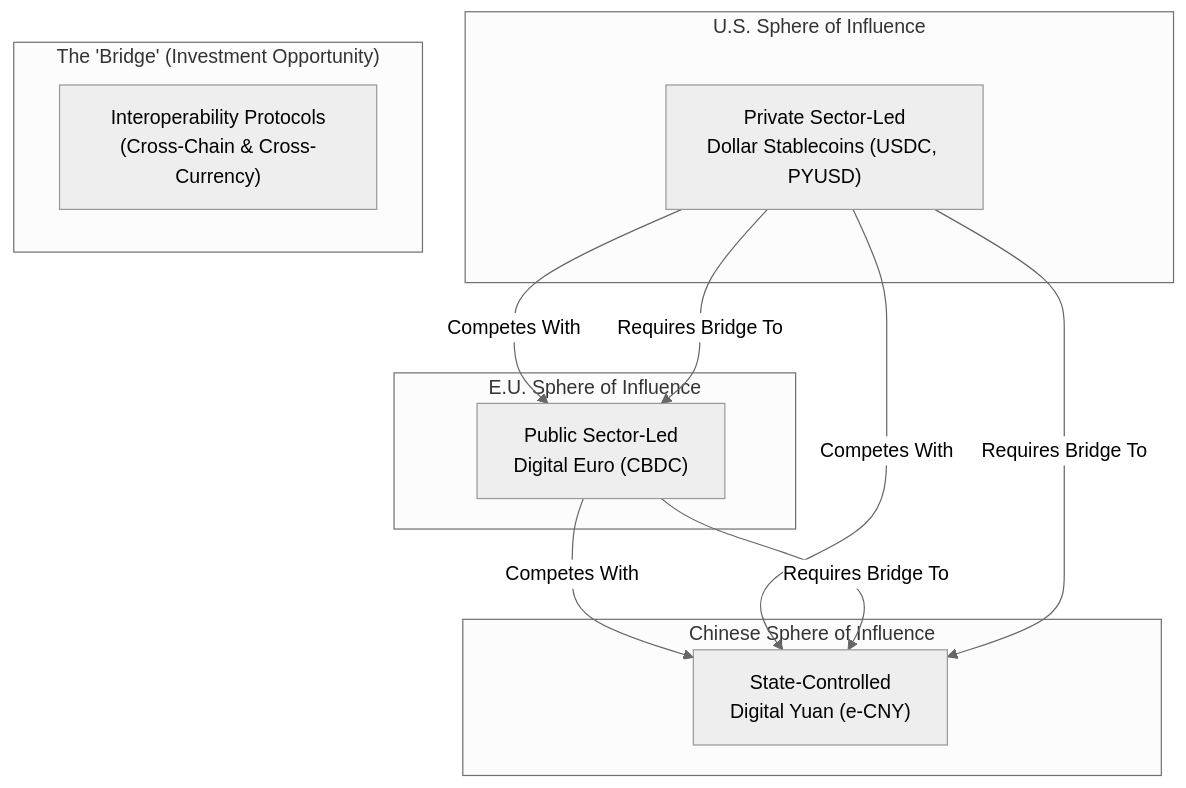
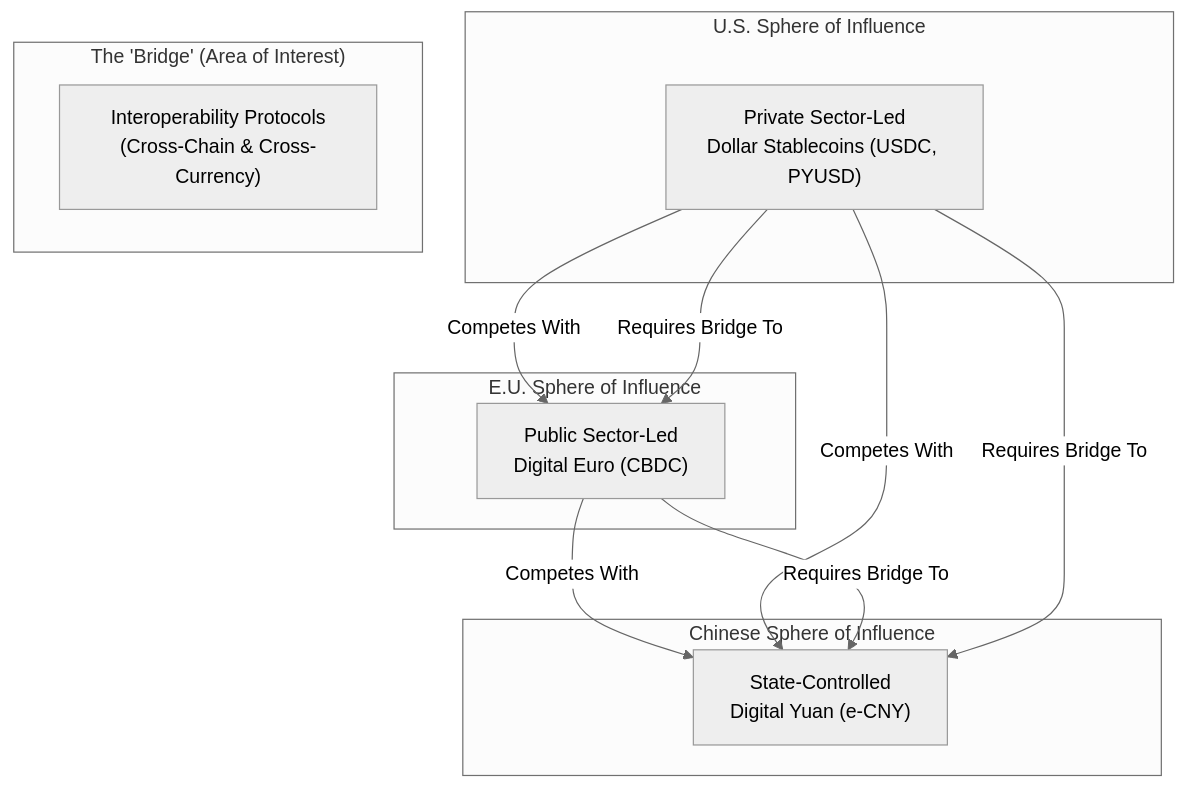
One commit to ewvanwinkle/stablecoin-research changed the diagram in Part3_Regulatory_Geopolitical_Environment/07_The_Geopolitics_of_Digital_Money.md. Above: the diagram before and after it, drawn with Mermaid (neutral theme). The commit also changed other lines of this file and 4 other files, not shown here.

````diff
--- a/Part3_Regulatory_Geopolitical_Environment/07_The_Geopolitics_of_Digital_Money.md
+++ b/Part3_Regulatory_Geopolitical_Environment/07_The_Geopolitics_of_Digital_Money.md
@@ -31,26 +31,26 @@
 ```mermaid
 graph TD
     subgraph "U.S. Sphere of Influence"
         A["Private Sector-Led<br/>Dollar Stablecoins (USDC, PYUSD)"]
     end
 
     subgraph "E.U. Sphere of Influence"
         B["Public Sector-Led<br/>Digital Euro (CBDC)"]
     end
 
     subgraph "Chinese Sphere of Influence"
         C["State-Controlled<br/>Digital Yuan (e-CNY)"]
     end
 
-    subgraph "The 'Bridge' (Investment Opportunity)"
+    subgraph "The 'Bridge' (Area of Interest)"
         D["Interoperability Protocols<br/>(Cross-Chain & Cross-Currency)"]
     end
 
     A -- "Competes With" --> B
     B -- "Competes With" --> C
     A -- "Competes With" --> C
 
     A -- "Requires Bridge To" --> B
     B -- "Requires Bridge To" --> C
     A -- "Requires Bridge To" --> C
 ```
````
